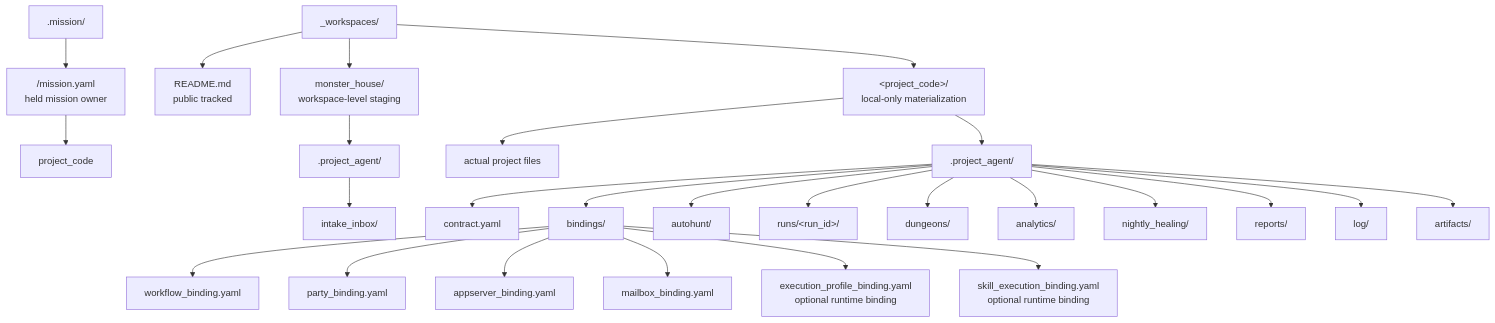
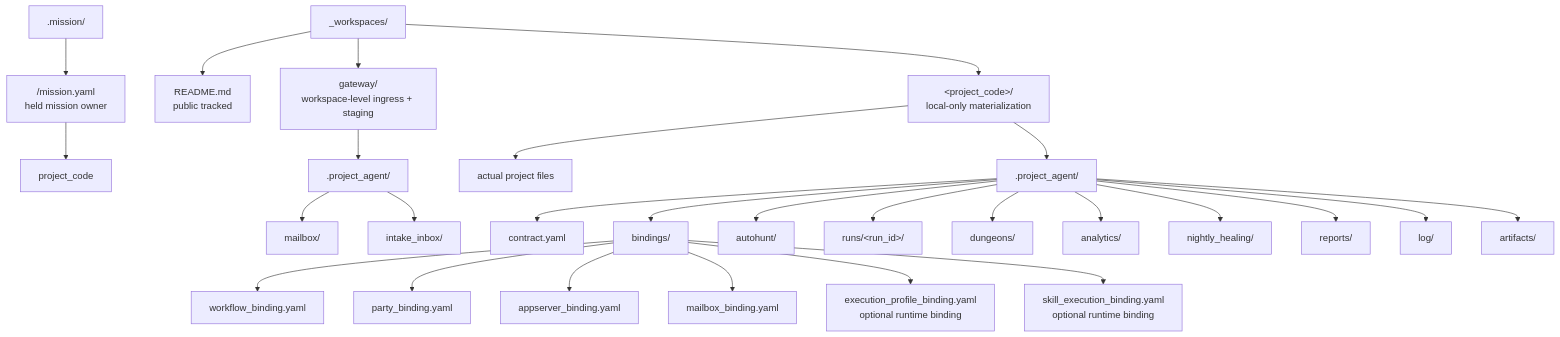
The diagram in docs/architecture/workspace/WORKSPACE_PROJECT_MODEL.md (SungYongMOON/soulforge), drawn with Mermaid before and after one commit. The commit also changed other lines of this file and 24 other files, not shown here.

Commit message:
feat: gateway ingress 경계와 멀티 PC bootstrap 정리

````diff
--- a/docs/architecture/workspace/WORKSPACE_PROJECT_MODEL.md
+++ b/docs/architecture/workspace/WORKSPACE_PROJECT_MODEL.md
@@ -13,28 +13,29 @@
 ```mermaid
 flowchart TD
   MI[".mission/"] --> MP["<mission_id>/mission.yaml<br/>held mission owner"]
   MP --> PJ["project_code"]
   W["_workspaces/"] --> R["README.md<br/>public tracked"]
-  W --> MH["monster_house/<br/>workspace-level staging"]
+  W --> MH["gateway/<br/>workspace-level ingress + staging"]
   W --> P["&lt;project_code&gt;/<br/>local-only materialization"]
   MH --> MPA[".project_agent/"]
+  MPA --> MBX["mailbox/"]
   MPA --> MIH["intake_inbox/"]
   P --> F["actual project files"]
   P --> PA[".project_agent/"]
   PA --> C["contract.yaml"]
   PA --> B["bindings/"]
   PA --> AH["autohunt/"]
   B --> WB["workflow_binding.yaml"]
   B --> PB["party_binding.yaml"]
   B --> AB["appserver_binding.yaml"]
   B --> MB["mailbox_binding.yaml"]
   B --> EP["execution_profile_binding.yaml<br/>optional runtime binding"]
   B --> SB["skill_execution_binding.yaml<br/>optional runtime binding"]
   PA --> RUN["runs/&lt;run_id&gt;/"]
   PA --> D["dungeons/"]
   PA --> A["analytics/"]
   PA --> N["nightly_healing/"]
   PA --> RP["reports/"]
   PA --> LOG["log/"]
   PA --> AR["artifacts/"]
 ```
````
